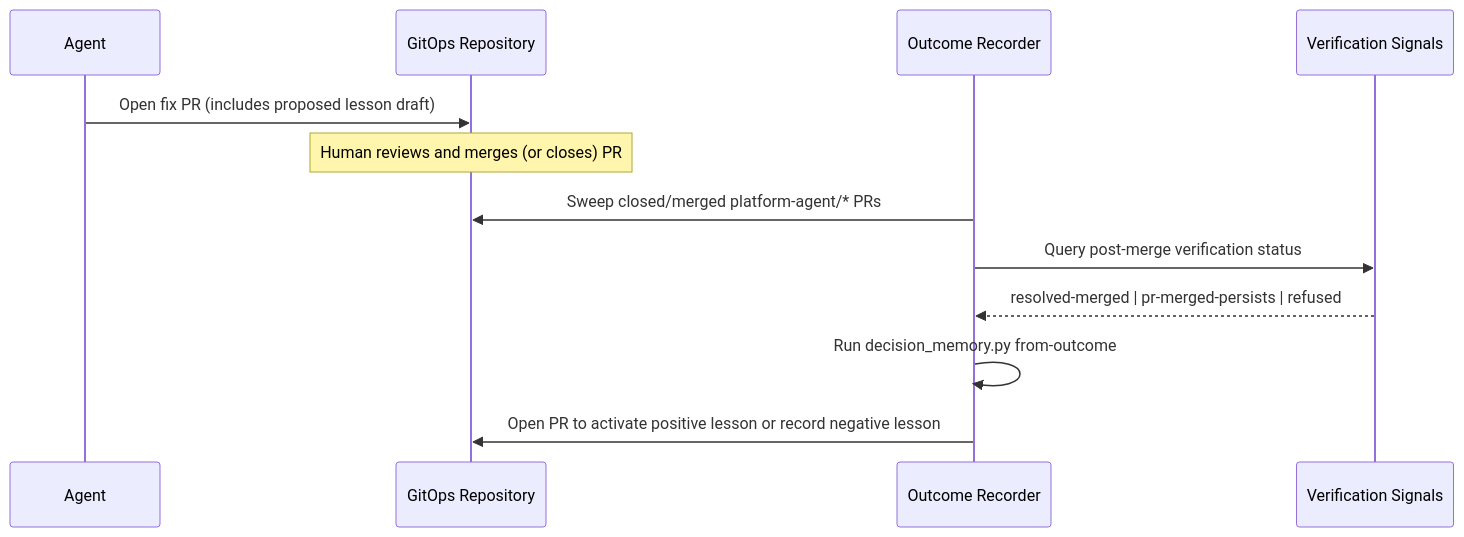
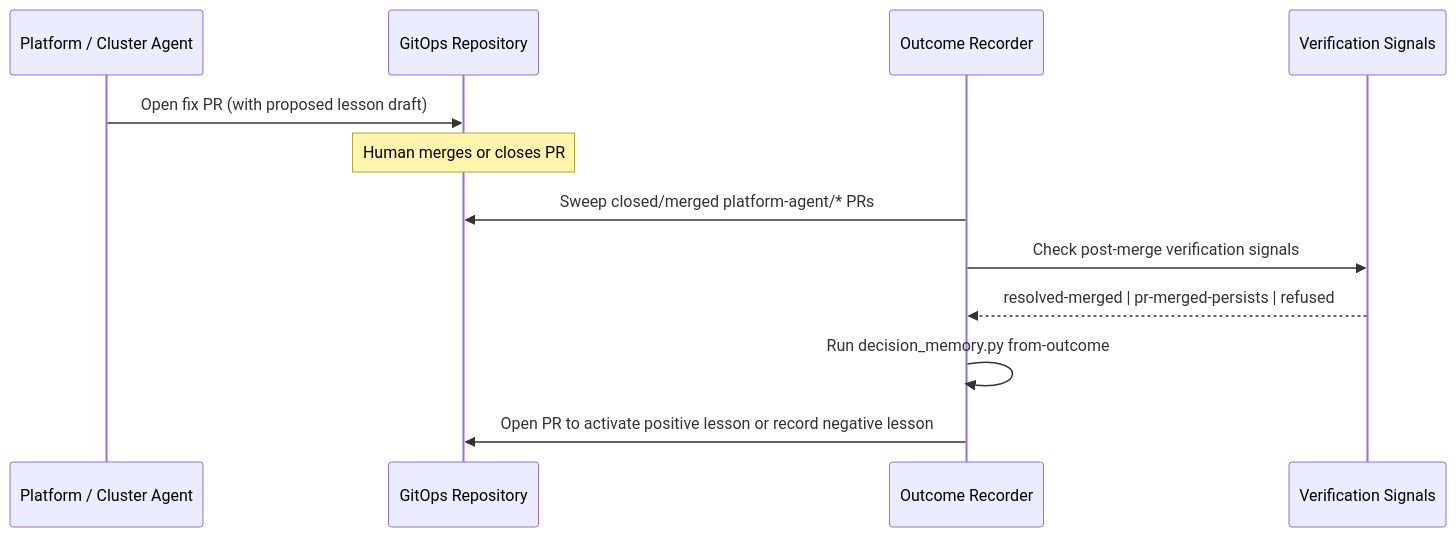
One commit to dshnayder/kube-agents changed the second of 2 diagrams in docs/designs/decision-memory.md. Above: the diagram before and after it, drawn with Mermaid. The commit also changed other lines of this file, not shown here.

````diff
--- a/docs/designs/decision-memory.md
+++ b/docs/designs/decision-memory.md
@@ -240,14 +208,14 @@
 ```mermaid
 sequenceDiagram
-  participant A as Agent
+  participant A as Platform / Cluster Agent
   participant G as GitOps Repository
   participant OR as Outcome Recorder
   participant V as Verification Signals
-  A->>G: Open fix PR (includes proposed lesson draft)
-  Note over G: Human reviews and merges (or closes) PR
+  A->>G: Open fix PR (with proposed lesson draft)
+  Note over G: Human merges or closes PR
   OR->>G: Sweep closed/merged platform-agent/* PRs
-  OR->>V: Query post-merge verification status
+  OR->>V: Check post-merge verification signals
   V-->>OR: resolved-merged | pr-merged-persists | refused
   OR->>OR: Run decision_memory.py from-outcome
   OR->>G: Open PR to activate positive lesson or record negative lesson
 ```
````
